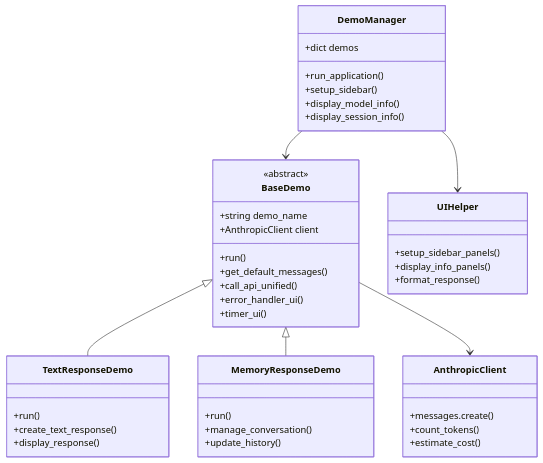
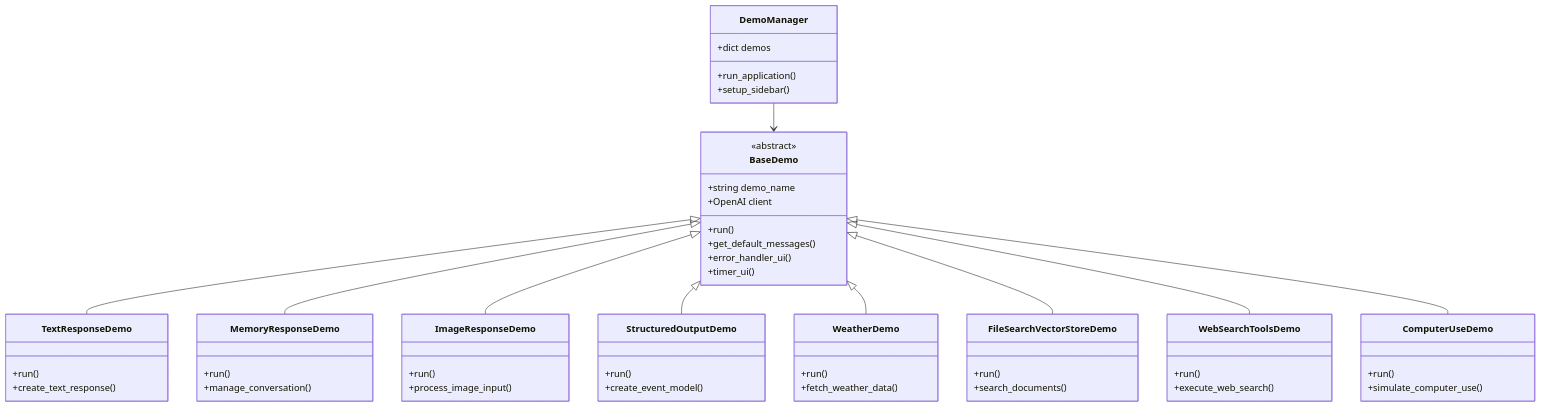
The third of 12 diagrams in doc/a00_responses_api.md (nakashima2toshio/anthropic_api_jp), drawn with Mermaid before and after one commit. The commit also changed other lines of this file and 2 other files, not shown here.

````diff
--- a/doc/a00_responses_api.md
+++ b/doc/a00_responses_api.md
@@ -68,51 +73,68 @@
 ```mermaid
 classDiagram
     class BaseDemo {
         <<abstract>>
         +string demo_name
-        +AnthropicClient client
+        +OpenAI client
         +run()
         +get_default_messages()
-        +call_api_unified()
         +error_handler_ui()
         +timer_ui()
     }
 
     class DemoManager {
         +dict demos
         +run_application()
         +setup_sidebar()
-        +display_model_info()
-        +display_session_info()
     }
 
     class TextResponseDemo {
         +run()
         +create_text_response()
-        +display_response()
     }
 
     class MemoryResponseDemo {
         +run() 
         +manage_conversation()
-        +update_history()
     }
 
-    class AnthropicClient {
-        +messages.create()
-        +count_tokens()
-        +estimate_cost()
+    class ImageResponseDemo {
+        +run()
+        +process_image_input()
     }
 
-    class UIHelper {
-        +setup_sidebar_panels()
-        +display_info_panels()
-        +format_response()
+    class StructuredOutputDemo {
+        +run()
+        +create_event_model()
+    }
+
+    class WeatherDemo {
+        +run()
+        +fetch_weather_data()
+    }
+
+    class FileSearchVectorStoreDemo {
+        +run()
+        +search_documents()
+    }
+
+    class WebSearchToolsDemo {
+        +run()
+        +execute_web_search()
+    }
+
+    class ComputerUseDemo {
+        +run()
+        +simulate_computer_use()
     }
 
     BaseDemo <|-- TextResponseDemo
     BaseDemo <|-- MemoryResponseDemo
-    BaseDemo --> AnthropicClient
+    BaseDemo <|-- ImageResponseDemo
+    BaseDemo <|-- StructuredOutputDemo
+    BaseDemo <|-- WeatherDemo
+    BaseDemo <|-- FileSearchVectorStoreDemo
+    BaseDemo <|-- WebSearchToolsDemo
+    BaseDemo <|-- ComputerUseDemo
     DemoManager --> BaseDemo
-    DemoManager --> UIHelper
 ```
````
